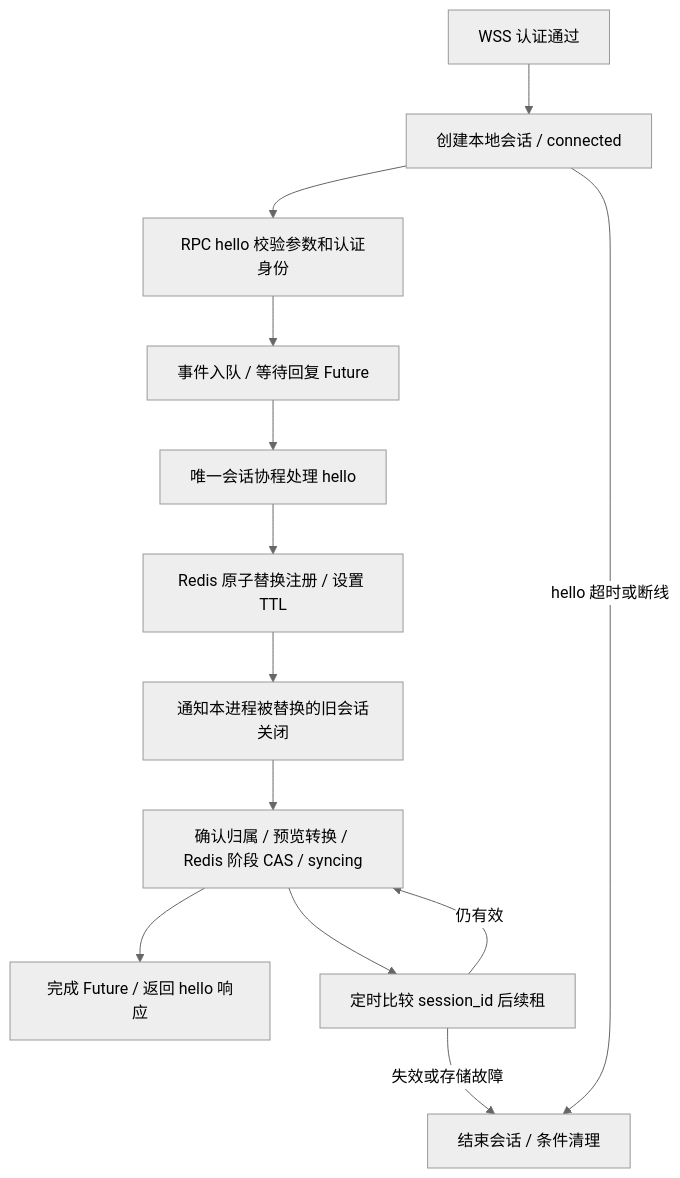
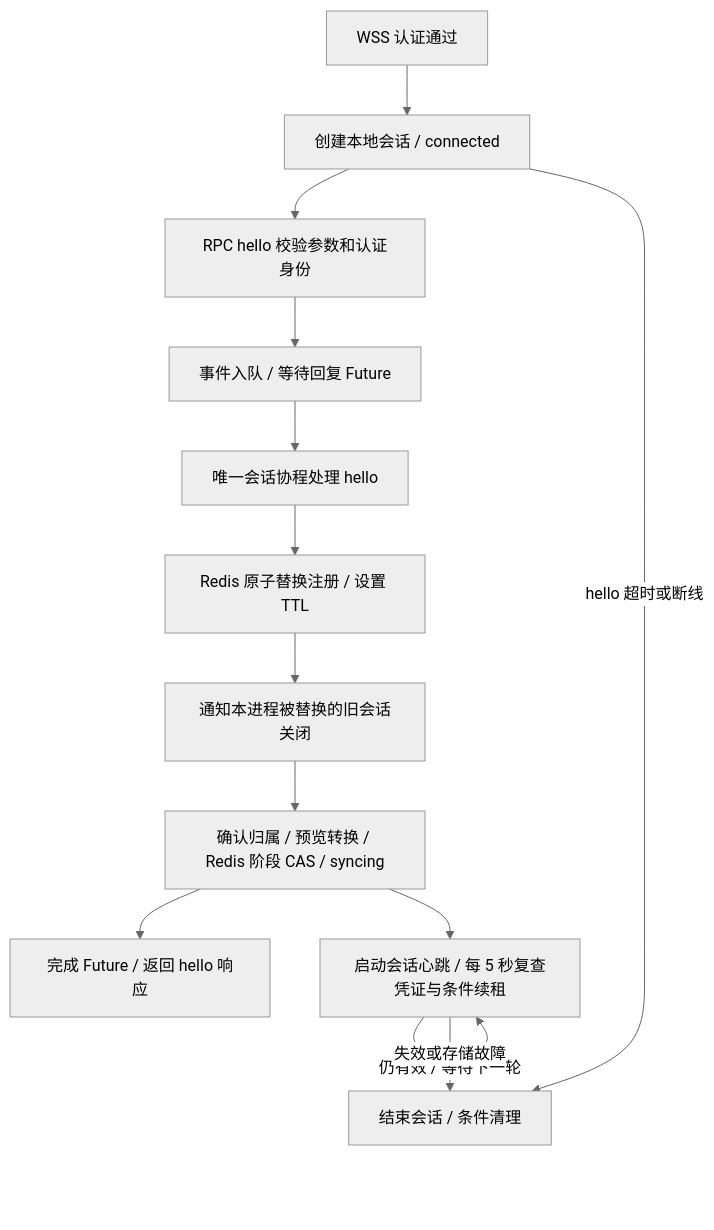
Before and after one commit to qinghuan136/EvalForge: the diagram in docs/server-sessions.md, drawn with Mermaid (neutral theme). The commit also changed other lines of this file and 27 other files, not shown here.

````diff
--- a/docs/server-sessions.md
+++ b/docs/server-sessions.md
@@ -18,15 +18,15 @@
 ```mermaid
 flowchart TD
     A[WSS 认证通过] --> B[创建本地会话 / connected]
     B --> C[RPC hello 校验参数和认证身份]
     C --> D[事件入队 / 等待回复 Future]
     D --> E[唯一会话协程处理 hello]
     E --> F[Redis 原子替换注册 / 设置 TTL]
     F --> G[通知本进程被替换的旧会话关闭]
     G --> H[确认归属 / 预览转换 / Redis 阶段 CAS / syncing]
     H --> I[完成 Future / 返回 hello 响应]
-    H --> J[定时比较 session_id 后续租]
-    J -->|仍有效| H
+    H --> J[启动会话心跳 / 每 5 秒复查凭证与条件续租]
+    J -->|仍有效 / 等待下一轮| J
     J -->|失效或存储故障| K[结束会话 / 条件清理]
     B -->|hello 超时或断线| K
 ```
````
